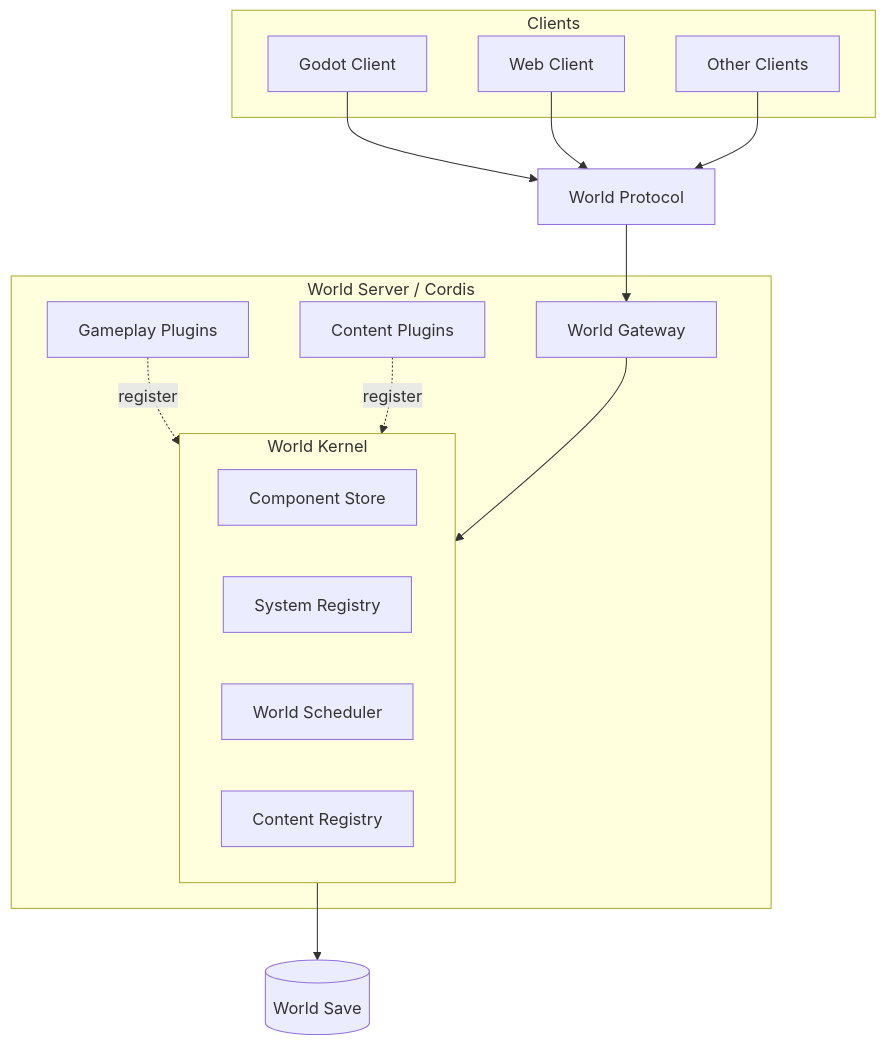
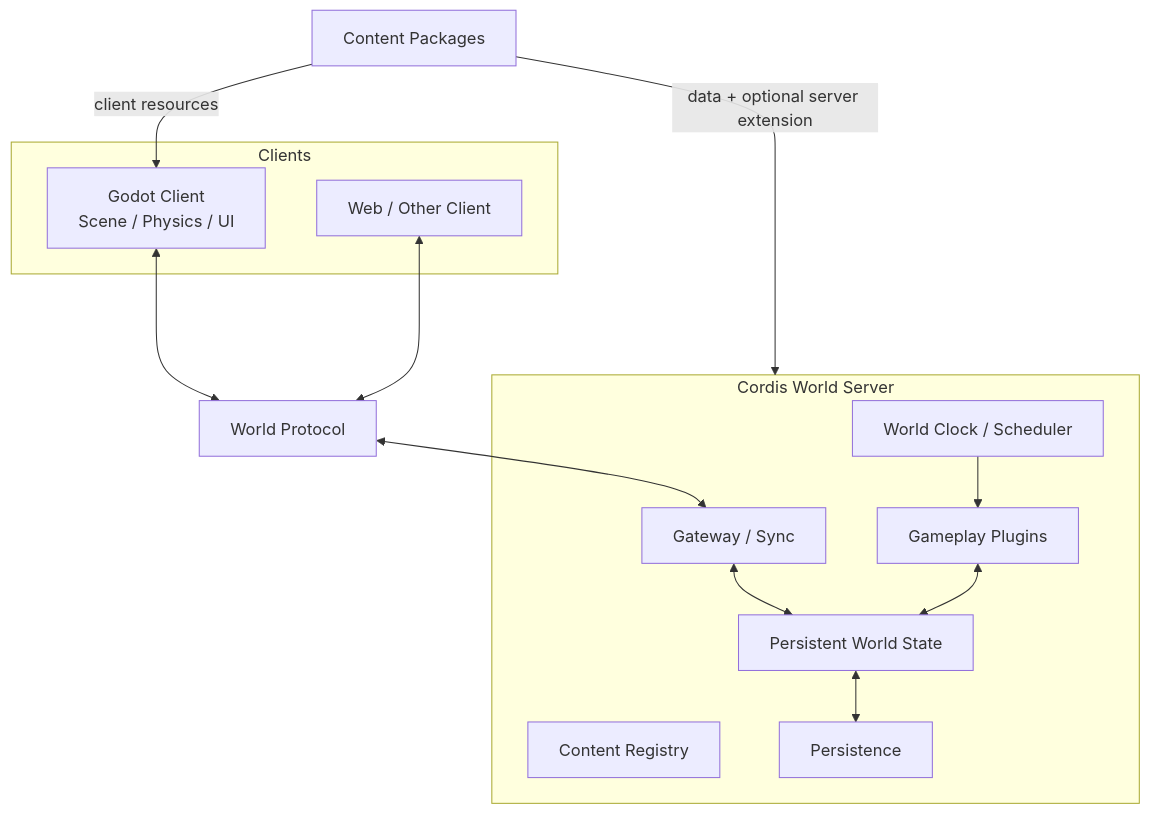
Before and after one commit to Ri0n72Y/idea-slime-bar: the diagram in architecture/architecture.md, drawn with Mermaid. The commit also changed other lines of this file, not shown here.

Commit message:
docs: redefine game and world server architecture

````diff
--- a/architecture/architecture.md
+++ b/architecture/architecture.md
@@ -11,36 +11,31 @@
 ```mermaid
 flowchart TB
+    Packages[Content Packages]
+
     subgraph Clients[Clients]
-        Godot[Godot Client]
-        Web[Web Client]
-        Other[Other Clients]
+        Godot[Godot Client\nScene / Physics / UI]
+        Web[Web / Other Client]
     end
 
     Protocol[World Protocol]
 
-    subgraph Server[World Server / Cordis]
-        Gateway[World Gateway]
-
-        subgraph Kernel[World Kernel]
-            Components[Component Store]
-            Systems[System Registry]
-            Scheduler[World Scheduler]
-            Content[Content Registry]
-        end
-
+    subgraph Server[Cordis World Server]
+        Gateway[Gateway / Sync]
+        State[Persistent World State]
         Gameplay[Gameplay Plugins]
-        ContentPlugins[Content Plugins]
-
-        Gameplay -. register .-> Kernel
-        ContentPlugins -. register .-> Kernel
-        Gateway --> Kernel
+        Content[Content Registry]
+        Time[World Clock / Scheduler]
+        Persistence[Persistence]
     end
 
-    Save[(World Save)]
+    Packages -->|data + optional server extension| Server
+    Packages -->|client resources| Godot
 
-    Godot --> Protocol
-    Web --> Protocol
-    Other --> Protocol
-    Protocol --> Gateway
-    Kernel --> Save
+    Godot <--> Protocol
+    Web <--> Protocol
+    Protocol <--> Gateway
+    Gateway <--> State
+    Gameplay <--> State
+    Time --> Gameplay
+    State <--> Persistence
 ```
````
